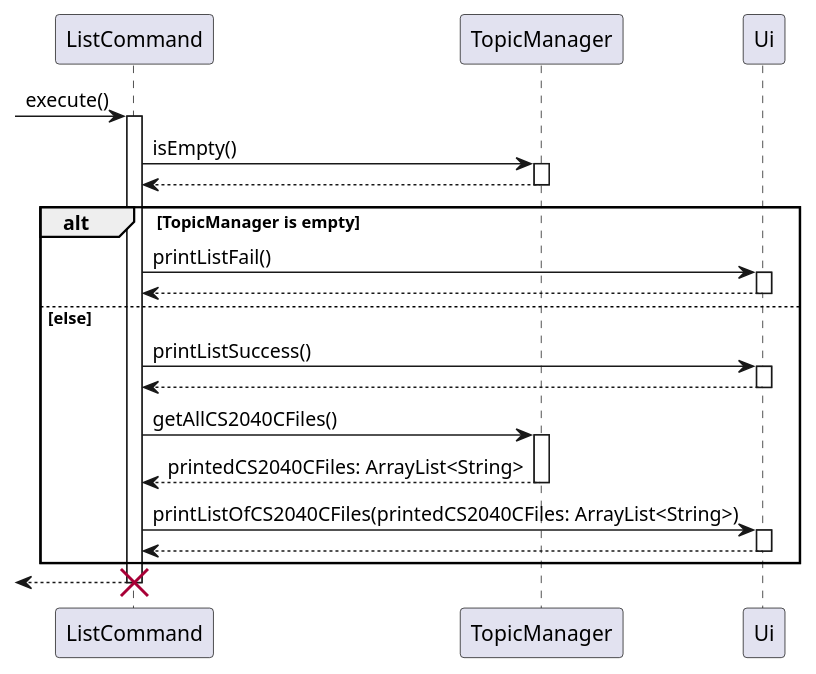
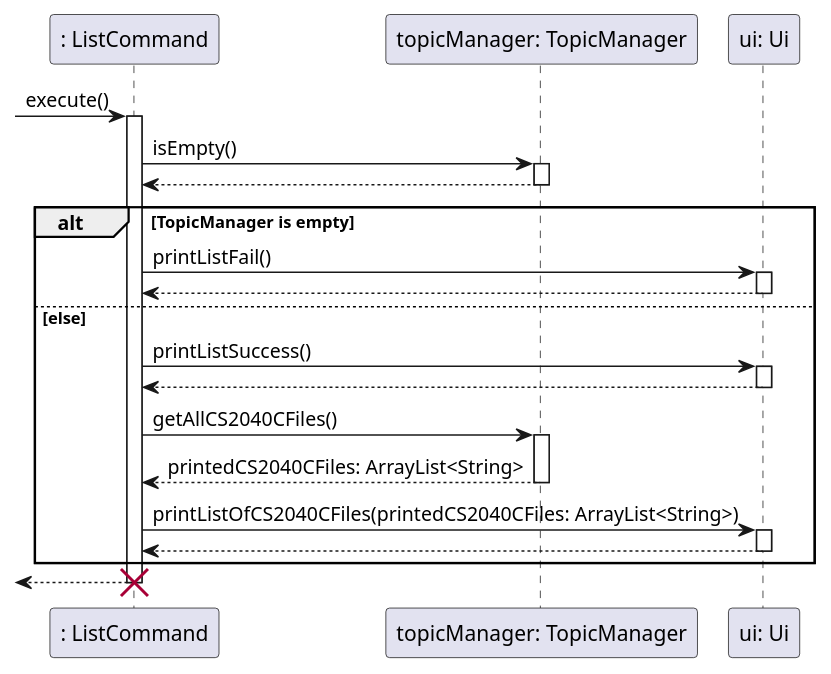
Before and after one commit to ong-ck/tp: the diagram in docs/sequence-diagrams/source-files/ListFeature.puml, drawn with PlantUML. The commit also changed 12 other files, not shown here.

Commit message:
Change sequence diagrams to show objects instead of classes

```diff
--- a/docs/sequence-diagrams/source-files/ListFeature.puml
+++ b/docs/sequence-diagrams/source-files/ListFeature.puml
@@ -1,27 +1,31 @@
 @startuml
+participant ": ListCommand" as ListCommand
+participant "topicManager: TopicManager" as TopicManager
+participant "ui: Ui" as Ui
+
 -> ListCommand : execute()
 activate ListCommand
     ListCommand -> TopicManager: isEmpty()
     activate TopicManager
     return
 
     alt TopicManager is empty
         ListCommand -> Ui : printListFail()
         activate Ui
         return
     else else
         ListCommand -> Ui : printListSuccess()
         activate Ui
         return
 
         ListCommand -> TopicManager : getAllCS2040CFiles()
         activate TopicManager
         return printedCS2040CFiles: ArrayList<String>
 
         ListCommand -> Ui : printListOfCS2040CFiles(printedCS2040CFiles: ArrayList<String>)
         activate Ui
         return
     end
 return
 destroy ListCommand
 @enduml
```
